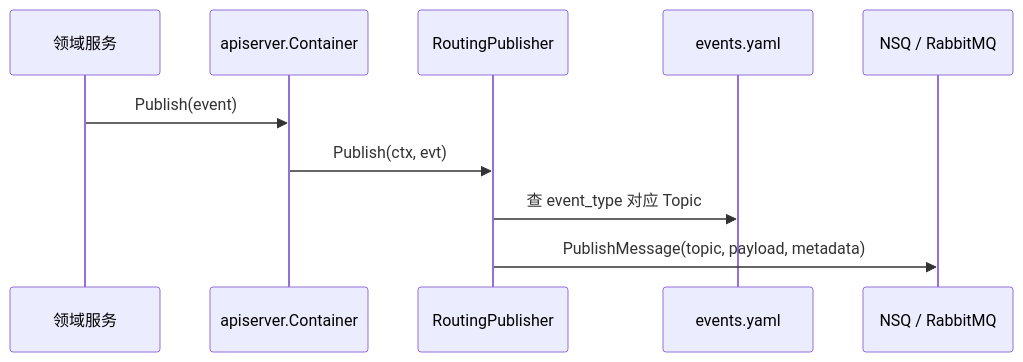
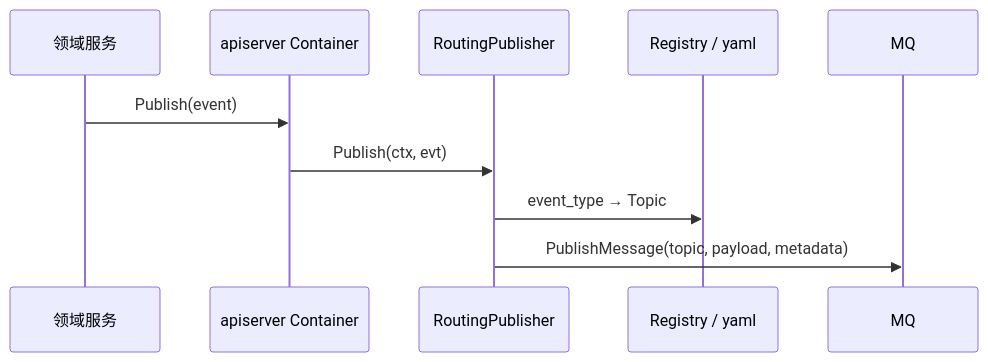
The second of 4 diagrams in docs/03-基础设施/01-事件系统.md (FangcunMount/qs-server), drawn with Mermaid before and after one commit. The commit also changed other lines of this file and 34 other files, not shown here.

````diff
--- a/docs/03-基础设施/01-事件系统.md
+++ b/docs/03-基础设施/01-事件系统.md
@@ -93,13 +98,13 @@
 ```mermaid
 sequenceDiagram
-    participant Domain as 领域服务
-    participant Container as apiserver.Container
-    participant Publisher as RoutingPublisher
-    participant Config as events.yaml
-    participant MQ as NSQ / RabbitMQ
+    participant Dom as 领域服务
+    participant C as apiserver Container
+    participant P as RoutingPublisher
+    participant Y as Registry / yaml
+    participant MQ as MQ
 
-    Domain->>Container: Publish(event)
-    Container->>Publisher: Publish(ctx, evt)
-    Publisher->>Config: 查 event_type 对应 Topic
-    Publisher->>MQ: PublishMessage(topic, payload, metadata)
+    Dom->>C: Publish(event)
+    C->>P: Publish(ctx, evt)
+    P->>Y: event_type → Topic
+    P->>MQ: PublishMessage(topic, payload, metadata)
 ```
````
